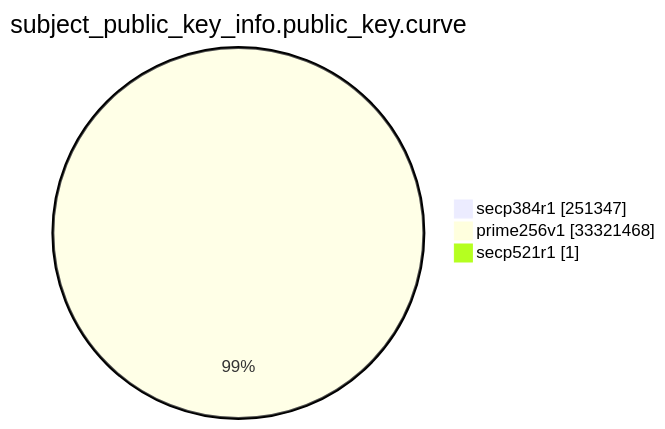
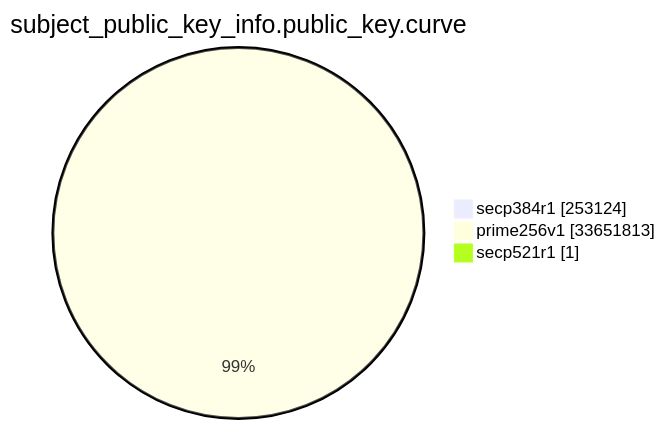
One commit to christiankrug/ctmonitor_visualization changed the eighth of 15 diagrams in xenon2023/README.md. Above: the diagram before and after it, drawn with Mermaid. The commit also changed other lines of this file, not shown here.

````diff
--- a/xenon2023/README.md
+++ b/xenon2023/README.md
@@ -2123,7 +2130,7 @@
 ```mermaid
 pie showData
 title subject_public_key_info.public_key.curve
-"secp384r1" :251347
-"prime256v1" :33321468
+"secp384r1" :253124
+"prime256v1" :33651813
 "secp521r1" :1
 ```
````
